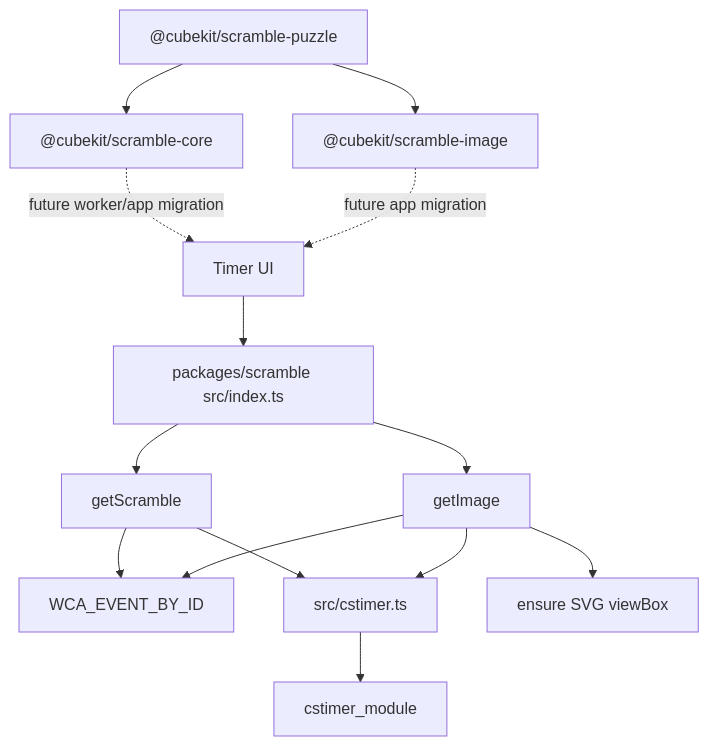
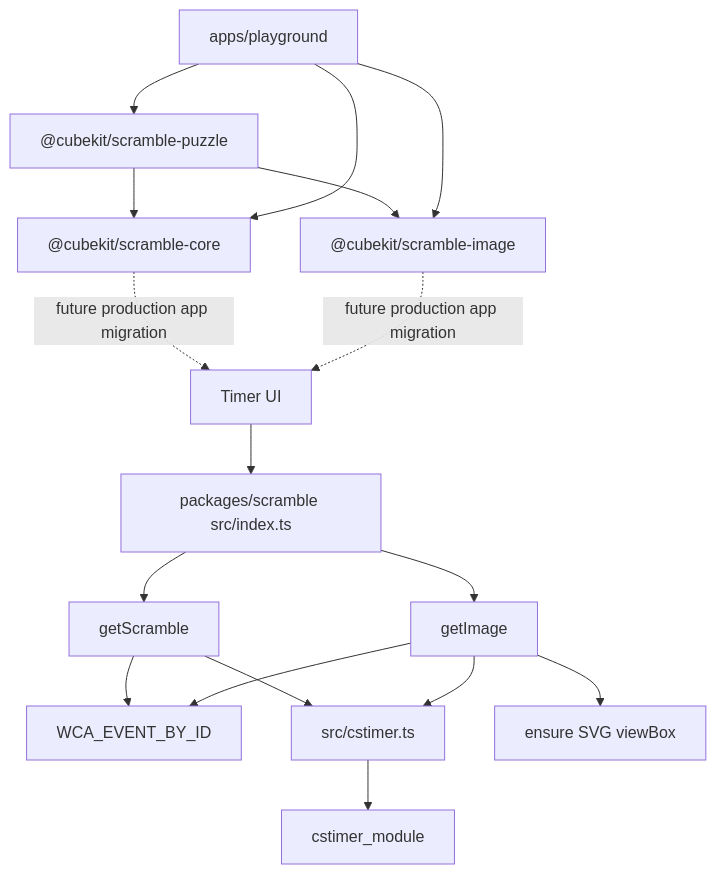
The diagram in docs/scramble-runtime.md (deweyou/cube-kit), drawn with Mermaid before and after one commit. The commit also changed other lines of this file and 3 other files, not shown here.

````diff
--- a/docs/scramble-runtime.md
+++ b/docs/scramble-runtime.md
@@ -3,16 +3,19 @@
 ```mermaid
 flowchart TD
     UI["Timer UI"] --> PublicAPI["packages/scramble src/index.ts"]
     PublicAPI --> Scramble["getScramble"]
     PublicAPI --> Image["getImage"]
     Scramble --> Events["WCA_EVENT_BY_ID"]
     Image --> Events
     Scramble --> CstimerAdapter["src/cstimer.ts"]
     Image --> CstimerAdapter
     CstimerAdapter --> Upstream["cstimer_module"]
     Image --> ViewBox["ensure SVG viewBox"]
     NewPuzzle["@cubekit/scramble-puzzle"] --> NewCore["@cubekit/scramble-core"]
     NewPuzzle --> NewImage["@cubekit/scramble-image"]
-    NewCore -. "future worker/app migration" .-> UI
-    NewImage -. "future app migration" .-> UI
+    Playground["apps/playground"] --> NewCore
+    Playground --> NewImage
+    Playground --> NewPuzzle
+    NewCore -. "future production app migration" .-> UI
+    NewImage -. "future production app migration" .-> UI
 ```
````
